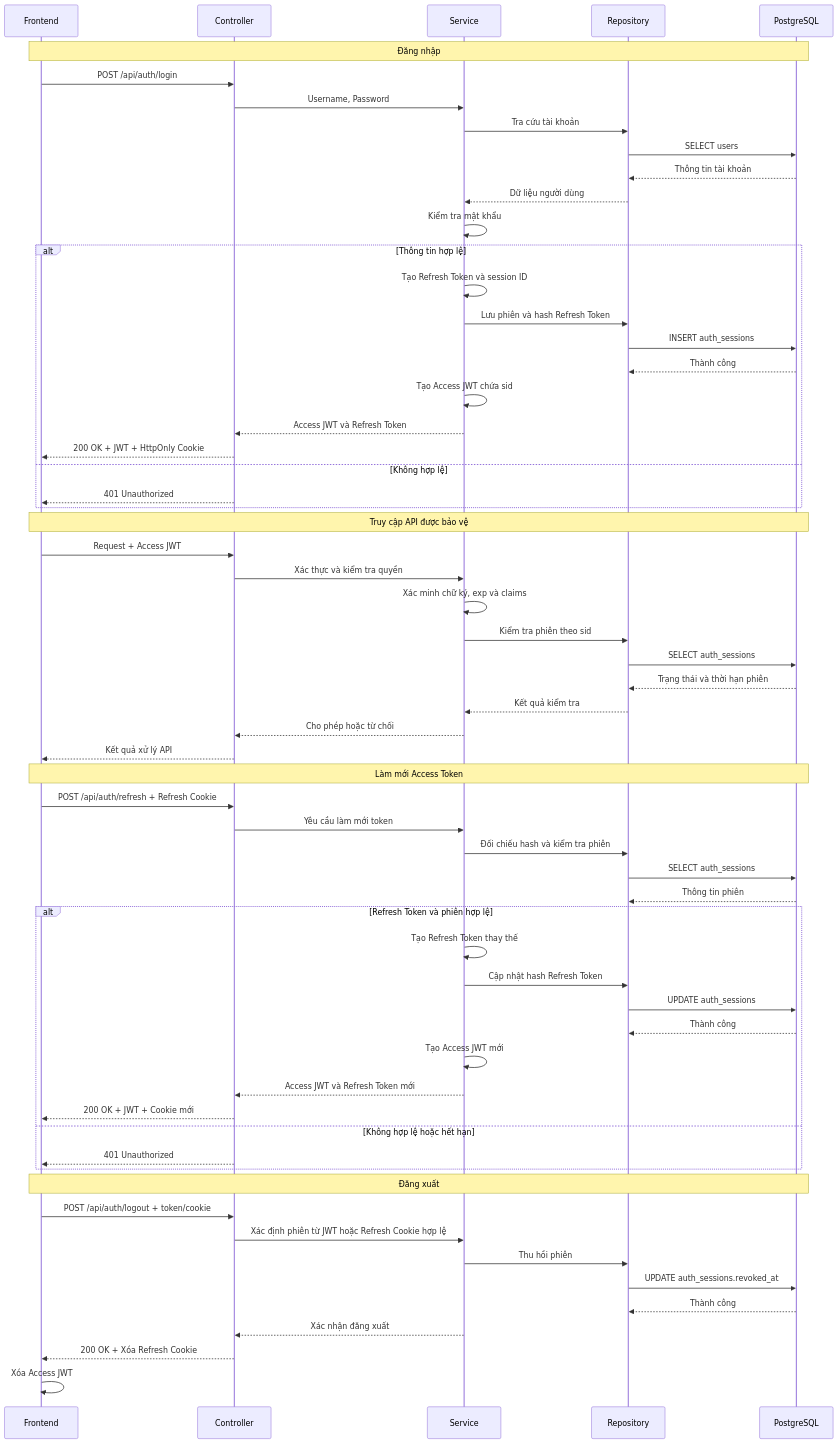
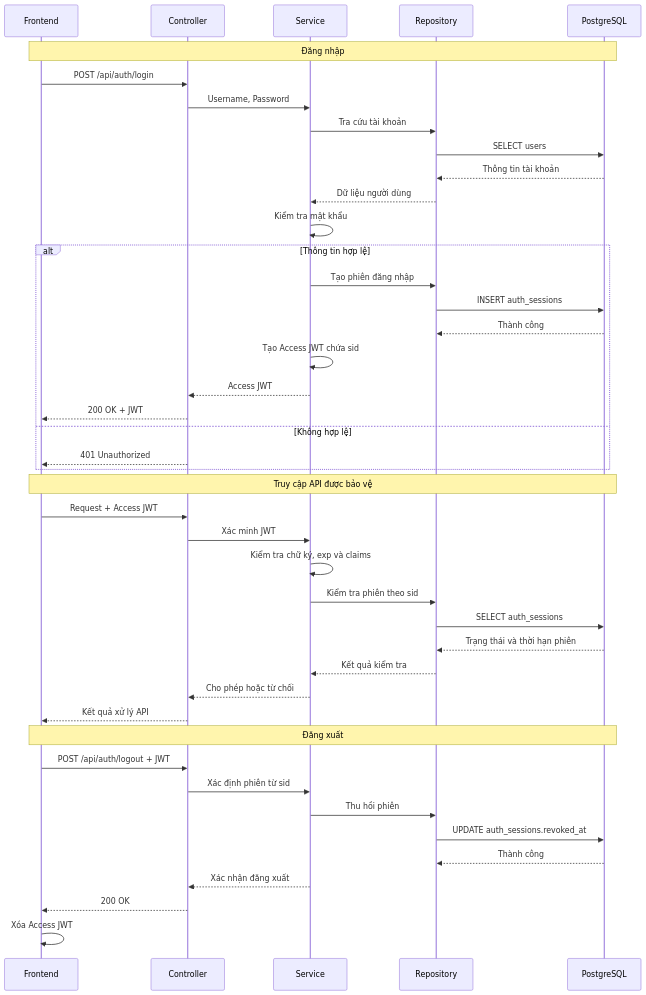
The first of 2 diagrams in ARCHITECTURE.md (Akapi895/course-registration), drawn with Mermaid before and after one commit. The commit also changed other lines of this file, not shown here.

First line of the commit message:
docs(architecture): drop refresh token flow and flatten backend layout

````diff
--- a/ARCHITECTURE.md
+++ b/ARCHITECTURE.md
@@ -41,67 +55,48 @@
 ```mermaid
 sequenceDiagram
     participant FE as Frontend
     participant C as Controller
     participant S as Service
     participant R as Repository
     participant DB as PostgreSQL
 
     Note over FE,DB: Đăng nhập
     FE->>C: POST /api/auth/login
     C->>S: Username, Password
     S->>R: Tra cứu tài khoản
     R->>DB: SELECT users
     DB-->>R: Thông tin tài khoản
     R-->>S: Dữ liệu người dùng
     S->>S: Kiểm tra mật khẩu
     alt Thông tin hợp lệ
-        S->>S: Tạo Refresh Token và session ID
-        S->>R: Lưu phiên và hash Refresh Token
+        S->>R: Tạo phiên đăng nhập
         R->>DB: INSERT auth_sessions
         DB-->>R: Thành công
         S->>S: Tạo Access JWT chứa sid
-        S-->>C: Access JWT và Refresh Token
-        C-->>FE: 200 OK + JWT + HttpOnly Cookie
+        S-->>C: Access JWT
+        C-->>FE: 200 OK + JWT
     else Không hợp lệ
         C-->>FE: 401 Unauthorized
     end
 
     Note over FE,DB: Truy cập API được bảo vệ
     FE->>C: Request + Access JWT
-    C->>S: Xác thực và kiểm tra quyền
-    S->>S: Xác minh chữ ký, exp và claims
+    C->>S: Xác minh JWT
+    S->>S: Kiểm tra chữ ký, exp và claims
     S->>R: Kiểm tra phiên theo sid
     R->>DB: SELECT auth_sessions
     DB-->>R: Trạng thái và thời hạn phiên
     R-->>S: Kết quả kiểm tra
     S-->>C: Cho phép hoặc từ chối
     C-->>FE: Kết quả xử lý API
 
-    Note over FE,DB: Làm mới Access Token
-    FE->>C: POST /api/auth/refresh + Refresh Cookie
-    C->>S: Yêu cầu làm mới token
-    S->>R: Đối chiếu hash và kiểm tra phiên
-    R->>DB: SELECT auth_sessions
-    DB-->>R: Thông tin phiên
-    alt Refresh Token và phiên hợp lệ
-        S->>S: Tạo Refresh Token thay thế
-        S->>R: Cập nhật hash Refresh Token
-        R->>DB: UPDATE auth_sessions
-        DB-->>R: Thành công
-        S->>S: Tạo Access JWT mới
-        S-->>C: Access JWT và Refresh Token mới
-        C-->>FE: 200 OK + JWT + Cookie mới
-    else Không hợp lệ hoặc hết hạn
-        C-->>FE: 401 Unauthorized
-    end
-
     Note over FE,DB: Đăng xuất
-    FE->>C: POST /api/auth/logout + token/cookie
-    C->>S: Xác định phiên từ JWT hoặc Refresh Cookie hợp lệ
+    FE->>C: POST /api/auth/logout + JWT
+    C->>S: Xác định phiên từ sid
     S->>R: Thu hồi phiên
     R->>DB: UPDATE auth_sessions.revoked_at
     DB-->>R: Thành công
     S-->>C: Xác nhận đăng xuất
-    C-->>FE: 200 OK + Xóa Refresh Cookie
+    C-->>FE: 200 OK
     FE->>FE: Xóa Access JWT
 ```
````
